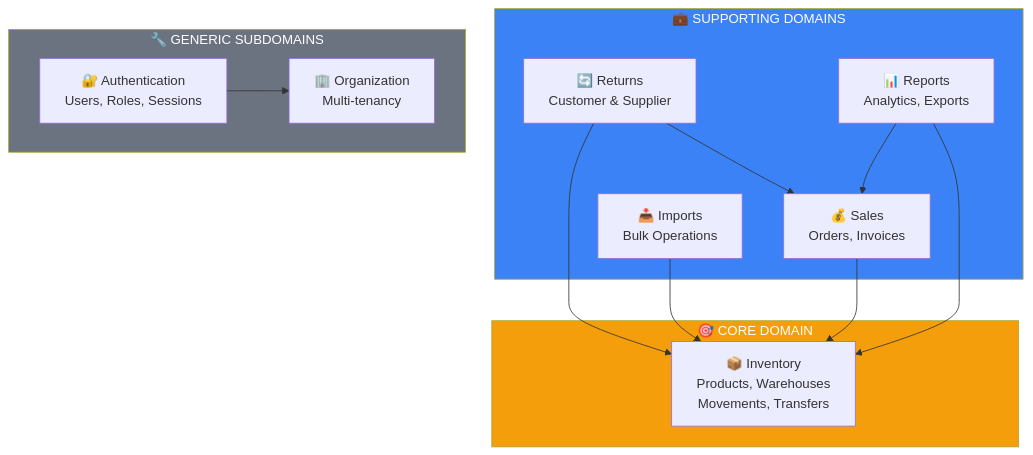
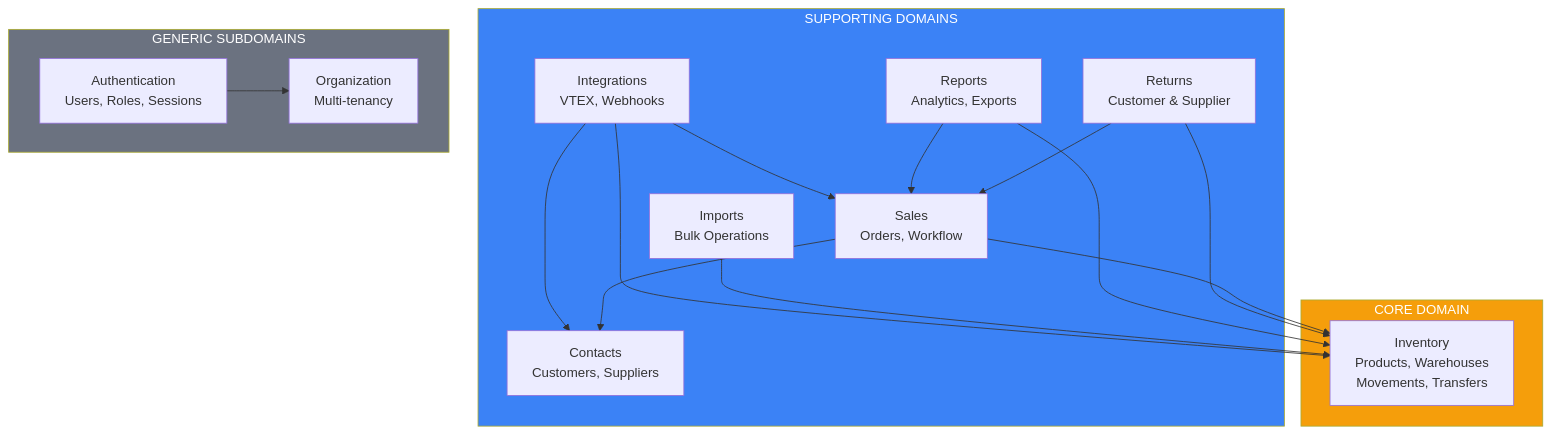
One commit to CesarJOtizM/improved-parakeet changed the third of 4 diagrams in README.md. Above: the diagram before and after it, drawn with Mermaid. The commit also changed other lines of this file and 37 other files, not shown here.

First line of the commit message:
feat: update documentation for multi-tenant inventory system

````diff
--- a/README.md
+++ b/README.md
@@ -520,30 +496,36 @@
 ```mermaid
 graph TB
-    subgraph Core["🎯 CORE DOMAIN"]
-        Inventory["📦 Inventory<br/>Products, Warehouses<br/>Movements, Transfers"]
+    subgraph Core["CORE DOMAIN"]
+        Inventory["Inventory<br/>Products, Warehouses<br/>Movements, Transfers"]
     end
 
-    subgraph Supporting["💼 SUPPORTING DOMAINS"]
-        Sales["💰 Sales<br/>Orders, Invoices"]
-        Returns["🔄 Returns<br/>Customer & Supplier"]
-        Reports["📊 Reports<br/>Analytics, Exports"]
-        Imports["📥 Imports<br/>Bulk Operations"]
+    subgraph Supporting["SUPPORTING DOMAINS"]
+        Sales["Sales<br/>Orders, Workflow"]
+        Returns["Returns<br/>Customer & Supplier"]
+        Contacts["Contacts<br/>Customers, Suppliers"]
+        Integrations["Integrations<br/>VTEX, Webhooks"]
+        Reports["Reports<br/>Analytics, Exports"]
+        Imports["Imports<br/>Bulk Operations"]
     end
 
-    subgraph Generic["🔧 GENERIC SUBDOMAINS"]
-        Auth["🔐 Authentication<br/>Users, Roles, Sessions"]
-        Org["🏢 Organization<br/>Multi-tenancy"]
+    subgraph Generic["GENERIC SUBDOMAINS"]
+        Auth["Authentication<br/>Users, Roles, Sessions"]
+        Org["Organization<br/>Multi-tenancy"]
     end
 
     Sales --> Inventory
+    Sales --> Contacts
     Returns --> Sales
     Returns --> Inventory
     Reports --> Inventory
     Reports --> Sales
     Imports --> Inventory
+    Integrations --> Inventory
+    Integrations --> Sales
+    Integrations --> Contacts
     Auth --> Org
 
     style Core fill:#f59e0b,color:#fff
     style Supporting fill:#3b82f6,color:#fff
     style Generic fill:#6b7280,color:#fff
 ```
````
